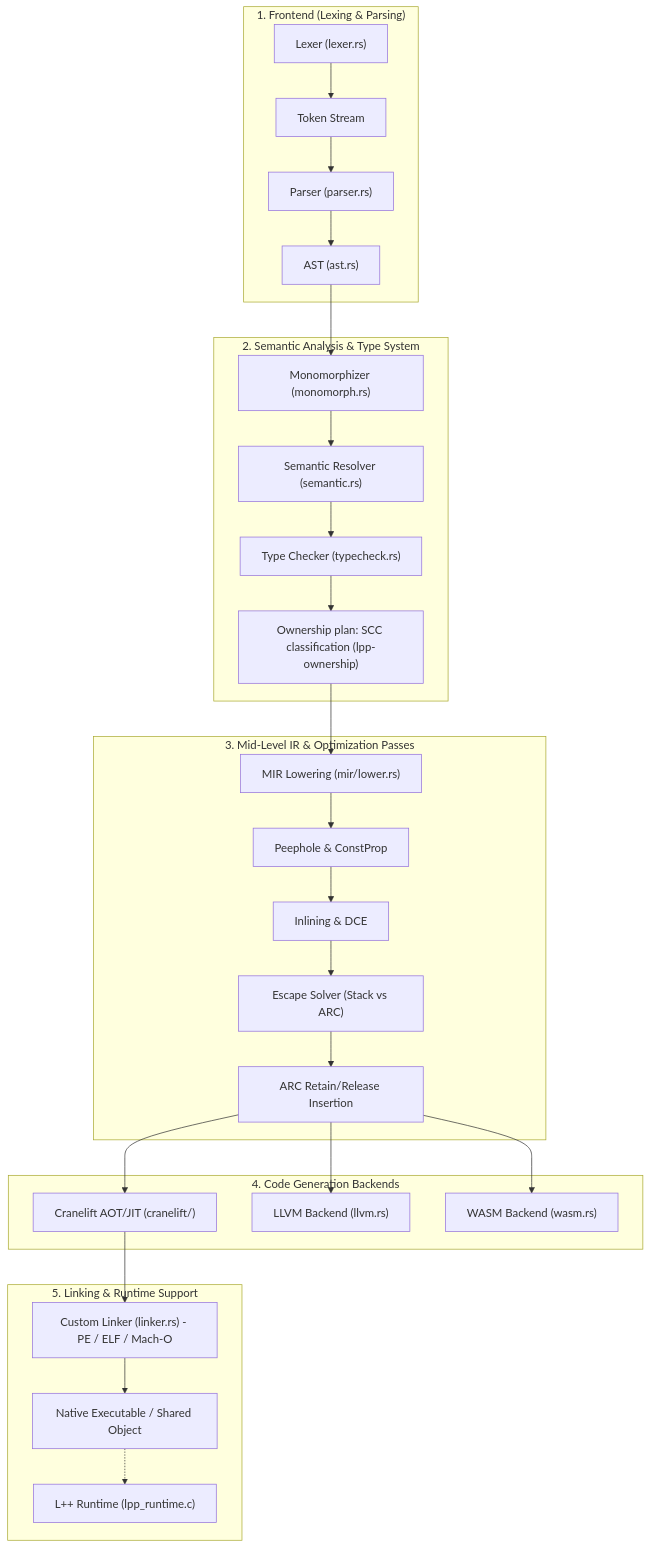
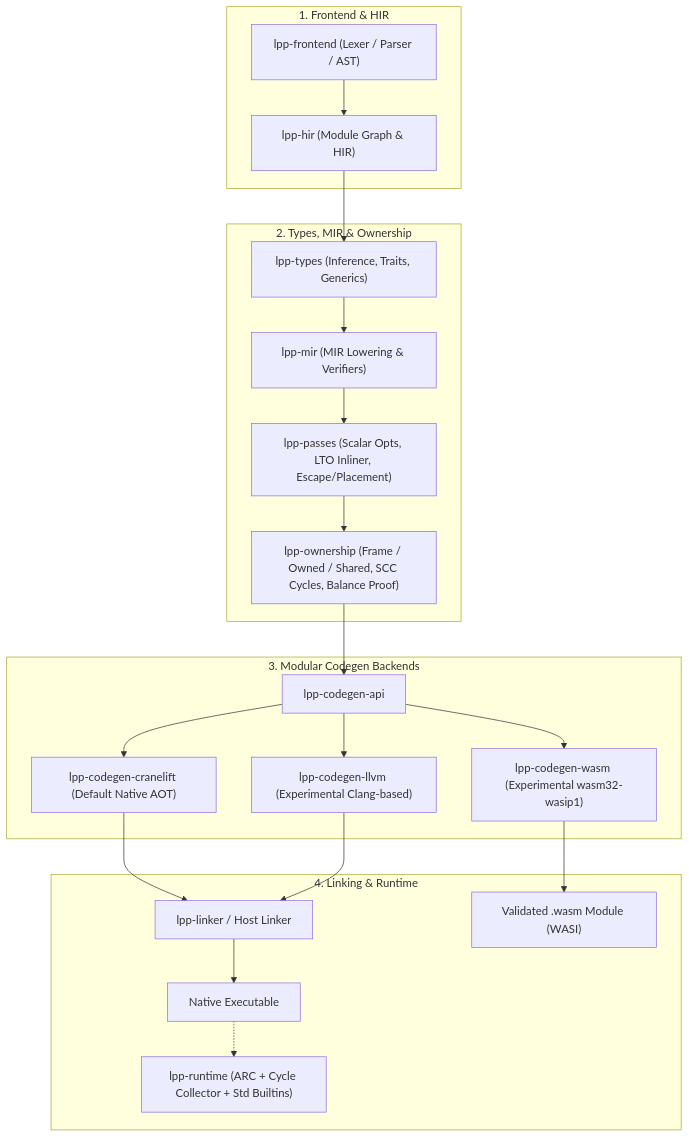
One commit to samarnever-droid/lplusplus changed the diagram in ARCHITECTURE.md. Above: the diagram before and after it, drawn with Mermaid. The commit also changed other lines of this file and 72 other files, not shown here.

Commit message:
chore(release): prepare v0.2.0, complete WASI fs builtins, and align docs

````diff
--- a/ARCHITECTURE.md
+++ b/ARCHITECTURE.md
@@ -21,35 +19,28 @@
 ```mermaid
 graph TD
-    subgraph Frontend ["1. Frontend (Lexing & Parsing)"]
-        Lexer["Lexer (lexer.rs)"] --> Tokens["Token Stream"]
-        Tokens --> Parser["Parser (parser.rs)"]
-        Parser --> AST["AST (ast.rs)"]
+    subgraph Frontend ["1. Frontend & HIR"]
+        Lexer["lpp-frontend (Lexer / Parser / AST)"] --> HIR["lpp-hir (Module Graph & HIR)"]
     end
 
-    subgraph Analysis ["2. Semantic Analysis & Type System"]
-        AST --> Mono["Monomorphizer (monomorph.rs)"]
-        Mono --> Semantic["Semantic Resolver (semantic.rs)"]
-        Semantic --> Typecheck["Type Checker (typecheck.rs)"]
-        Typecheck --> CycleBreak["Ownership plan: SCC classification (lpp-ownership)"]
+    subgraph TypesAndMIR ["2. Types, MIR & Ownership"]
+        HIR --> Types["lpp-types (Inference, Traits, Generics)"]
+        Types --> MIR["lpp-mir (MIR Lowering & Verifiers)"]
+        MIR --> Passes["lpp-passes (Scalar Opts, LTO Inliner, Escape/Placement)"]
+        Passes --> Ownership["lpp-ownership (Frame / Owned / Shared, SCC Cycles, Balance Proof)"]
     end
 
-    subgraph MIR ["3. Mid-Level IR & Optimization Passes"]
-        CycleBreak --> MirLower["MIR Lowering (mir/lower.rs)"]
-        MirLower --> Peephole["Peephole & ConstProp"]
-        Peephole --> Inline["Inlining & DCE"]
-        Inline --> EscapeSolver["Escape Solver (Stack vs ARC)"]
-        EscapeSolver --> ArcPass["ARC Retain/Release Insertion"]
+    subgraph Backends ["3. Modular Codegen Backends"]
+        Ownership --> API["lpp-codegen-api"]
+        API --> Cranelift["lpp-codegen-cranelift (Default Native AOT)"]
+        API --> LLVM["lpp-codegen-llvm (Experimental Clang-based)"]
+        API --> WASM["lpp-codegen-wasm (Experimental wasm32-wasip1)"]
     end
 
-    subgraph Backend ["4. Code Generation Backends"]
-        ArcPass --> Cranelift["Cranelift AOT/JIT (cranelift/)"]
-        ArcPass --> LLVM["LLVM Backend (llvm.rs)"]
-        ArcPass --> WASM["WASM Backend (wasm.rs)"]
-    end
-
-    subgraph Linker ["5. Linking & Runtime Support"]
-        Cranelift --> BuiltinLinker["Custom Linker (linker.rs) - PE / ELF / Mach-O"]
-        BuiltinLinker --> Binary["Native Executable / Shared Object"]
-        Binary -.-> Runtime["L++ Runtime (lpp_runtime.c)"]
+    subgraph LinkRuntime ["4. Linking & Runtime"]
+        Cranelift --> Linker["lpp-linker / Host Linker"]
+        LLVM --> Linker
+        Linker --> Binary["Native Executable"]
+        Binary -.-> Runtime["lpp-runtime (ARC + Cycle Collector + Std Builtins)"]
+        WASM --> WasmMod["Validated .wasm Module (WASI)"]
     end
 ```
````
